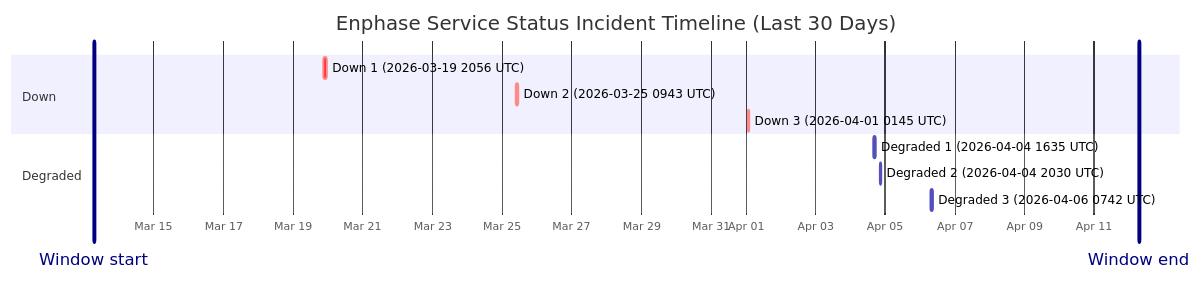
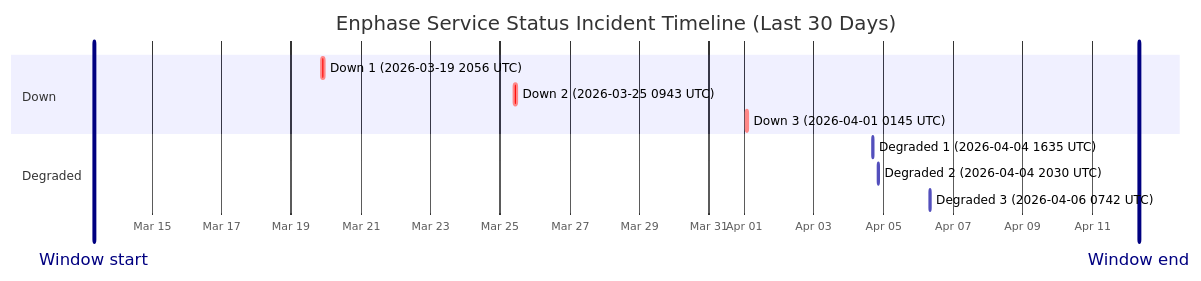
Before and after one commit to barneyonline/ha-enphase-ev-charger: the diagram in wiki/Service-Status-History.md, drawn with Mermaid. The commit also changed other lines of this file and 3 other files, not shown here.

````diff
--- a/wiki/Service-Status-History.md
+++ b/wiki/Service-Status-History.md
@@ -14,16 +14,16 @@
 ```mermaid
 gantt
     title Enphase Service Status Incident Timeline (Last 30 Days)
     dateFormat  YYYY-MM-DDTHH:mm:ss
     axisFormat  %b %d
-    Window start :vert, window-start, 2026-03-13T06:52:54, 0ms
-    Window end :vert, window-end, 2026-04-12T06:52:54, 0ms
+    Window start :vert, window-start, 2026-03-13T08:02:46, 0ms
+    Window end :vert, window-end, 2026-04-12T08:02:46, 0ms
     section Down
     Down 1 (2026-03-19 2056 UTC) :crit, down-1, 2026-03-19T20:56:20, 145m
     Down 2 (2026-03-25 0943 UTC) :crit, down-2, 2026-03-25T09:43:28, 111m
     Down 3 (2026-04-01 0145 UTC) :crit, down-3, 2026-04-01T01:45:09, 60m
     section Degraded
     Degraded 1 (2026-04-04 1635 UTC) :active, degraded-1, 2026-04-04T16:35:17, 60m
     Degraded 2 (2026-04-04 2030 UTC) :active, degraded-2, 2026-04-04T20:30:40, 60m
     Degraded 3 (2026-04-06 0742 UTC) :active, degraded-3, 2026-04-06T07:42:09, 85m
 ```
````
